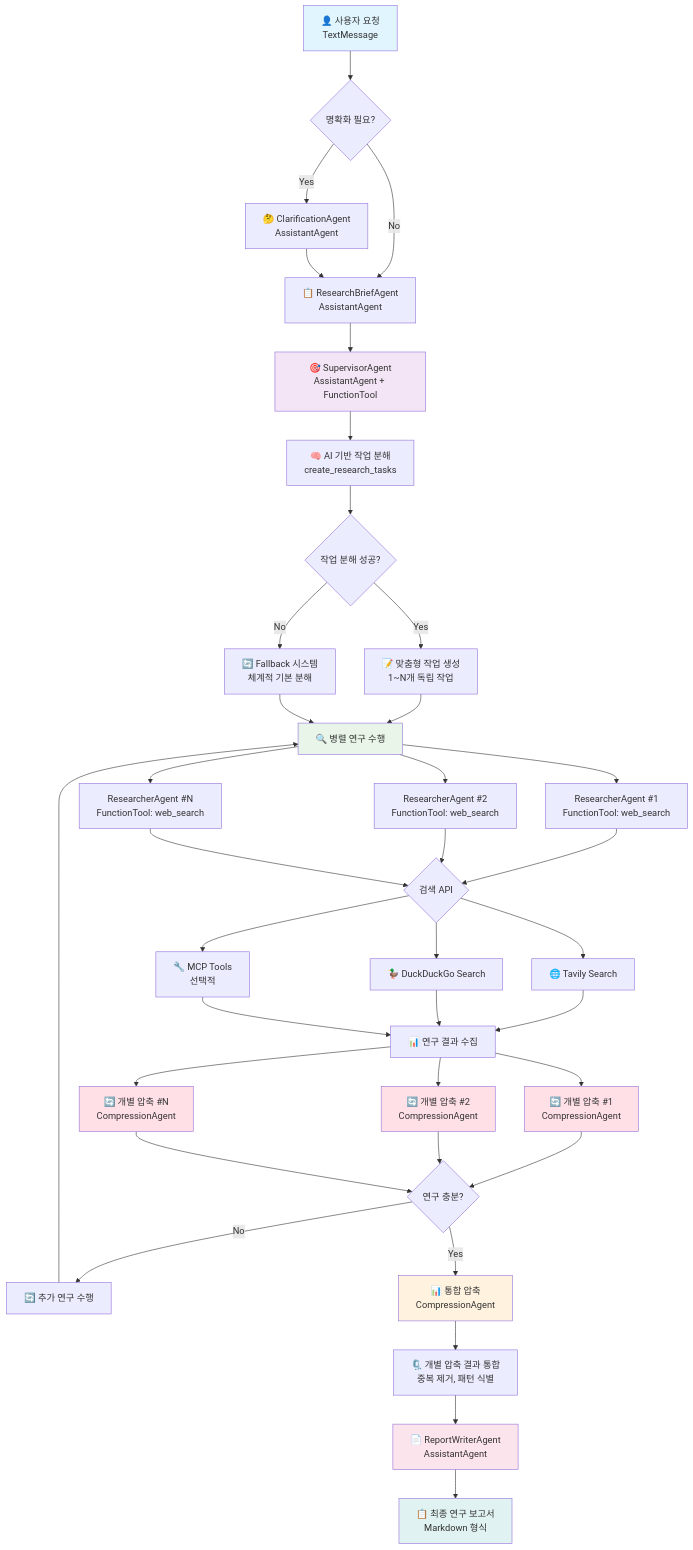
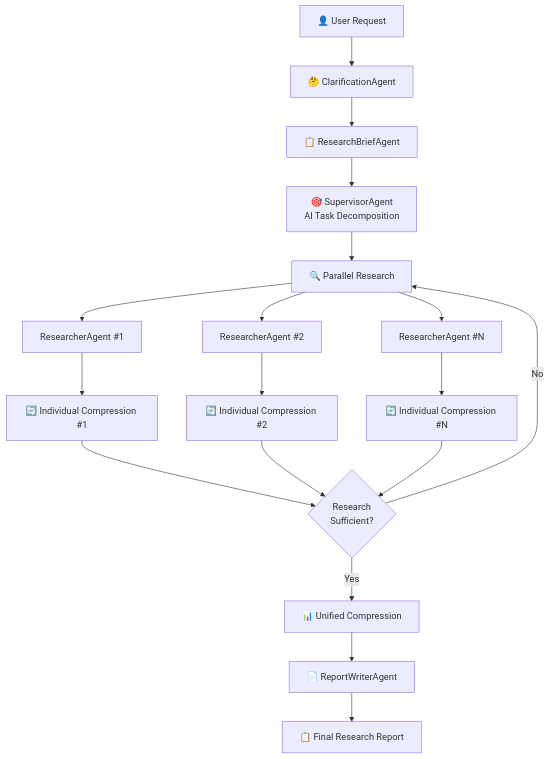
One commit to jh941213/autogen-research-team changed the diagram in README.md. Above: the diagram before and after it, drawn with Mermaid. The commit also changed other lines of this file, not shown here.

````diff
--- a/README.md
+++ b/README.md
@@ -94,64 +30,27 @@
 ```mermaid
 graph TB
-    A[👤 사용자 요청<br/>TextMessage] --> B{명확화 필요?}
+    A[👤 User Request] --> B[🤔 ClarificationAgent]
     
-    B -->|Yes| C[🤔 ClarificationAgent<br/>AssistantAgent]
-    B -->|No| D[📋 ResearchBriefAgent<br/>AssistantAgent]
-    C --> D
+    B --> C[📋 ResearchBriefAgent]
     
-    D --> E[🎯 SupervisorAgent<br/>AssistantAgent + FunctionTool]
+    C --> D[🎯 SupervisorAgent<br/>AI Task Decomposition]
     
-    E --> F[🧠 AI 기반 작업 분해<br/>create_research_tasks]
-    F --> G{작업 분해 성공?}
+    D --> E[🔍 Parallel Research]
+    E --> F[ResearcherAgent #1]
+    E --> G[ResearcherAgent #2]
+    E --> H[ResearcherAgent #N]
     
-    G -->|Yes| H[📝 맞춤형 작업 생성<br/>1~N개 독립 작업]
-    G -->|No| I[🔄 Fallback 시스템<br/>체계적 기본 분해]
+    F --> I[🔄 Individual Compression #1]
+    G --> J[🔄 Individual Compression #2]
+    H --> K[🔄 Individual Compression #N]
     
-    H --> J[🔍 병렬 연구 수행]
-    I --> J
+    I --> L{Research<br/>Sufficient?}
+    J --> L
+    K --> L
     
-    J --> K[ResearcherAgent #1<br/>FunctionTool: web_search]
-    J --> L[ResearcherAgent #2<br/>FunctionTool: web_search]  
-    J --> M[ResearcherAgent #N<br/>FunctionTool: web_search]
+    L -->|No| E
+    L -->|Yes| M[📊 Unified Compression]
     
-    K --> N{검색 API}
-    L --> N
-    M --> N
-    
-    N --> O[🌐 Tavily Search]
-    N --> P[🦆 DuckDuckGo Search]
-    N --> Q[🔧 MCP Tools<br/>선택적]
-    
-    O --> R[📊 연구 결과 수집]
-    P --> R
-    Q --> R
-    
-    R --> R1[🔄 개별 압축 #1<br/>CompressionAgent]
-    R --> R2[🔄 개별 압축 #2<br/>CompressionAgent]
-    R --> R3[🔄 개별 압축 #N<br/>CompressionAgent]
-    
-    R1 --> S{연구 충분?}
-    R2 --> S
-    R3 --> S
-    
-    S -->|No| T[🔄 추가 연구 수행]
-    T --> J
-    
-    S -->|Yes| U[📊 통합 압축<br/>CompressionAgent]
-    
-    U --> V[🗜️ 개별 압축 결과 통합<br/>중복 제거, 패턴 식별]
-    
-    V --> W[📄 ReportWriterAgent<br/>AssistantAgent]
-    
-    W --> X[📋 최종 연구 보고서<br/>Markdown 형식]
-    
-    style A fill:#e1f5fe
-    style E fill:#f3e5f5
-    style J fill:#e8f5e8
-    style R1 fill:#ffe0e6
-    style R2 fill:#ffe0e6
-    style R3 fill:#ffe0e6
-    style U fill:#fff3e0
-    style W fill:#fce4ec
-    style X fill:#e0f2f1
+    M --> N[📄 ReportWriterAgent]
+    N --> O[📋 Final Research Report]
 ```
````
